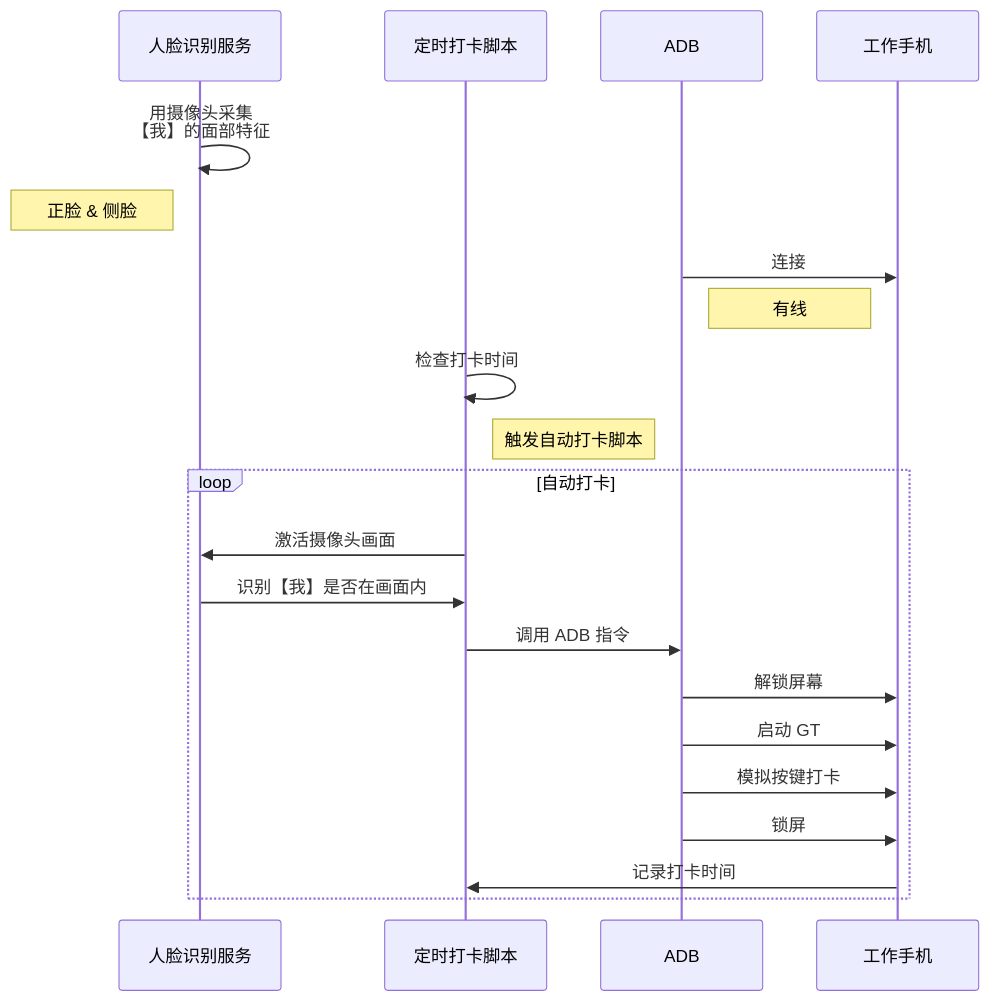
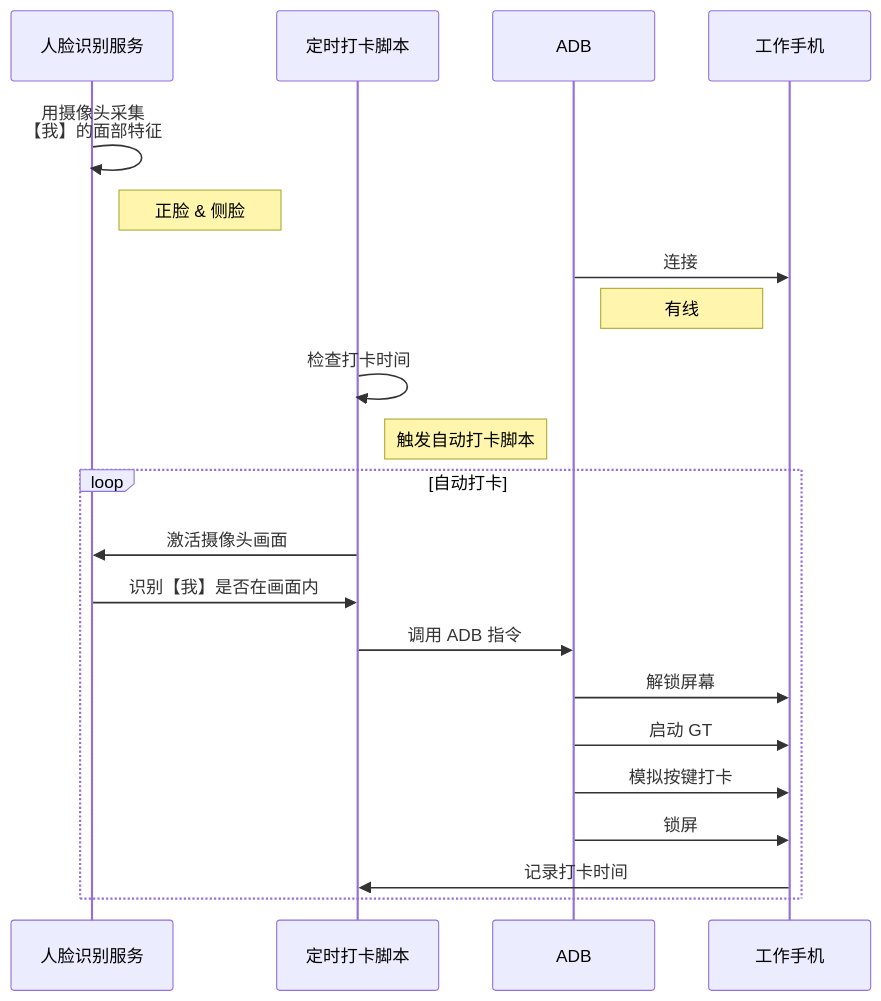
Before and after one commit to Visuals-AI/AI-auto-checkin: the diagram in README2.md, drawn with Mermaid.

````diff
--- a/README2.md
+++ b/README2.md
@@ -51,23 +51,23 @@
 ```mermaid
 sequenceDiagram
     participant 人脸识别服务
     participant 定时打卡脚本
     participant ADB
     participant 工作手机
     人脸识别服务->>人脸识别服务: 用摄像头采集<br/>【我】的面部特征
-    Note left of 人脸识别服务: 正脸 & 侧脸
+    Note right of 人脸识别服务: 正脸 & 侧脸
     ADB->>工作手机: 连接
     Note left of 工作手机: 有线
     定时打卡脚本->>定时打卡脚本: 检查打卡时间
     Note right of 定时打卡脚本: 触发自动打卡脚本
     loop 自动打卡
         定时打卡脚本->>人脸识别服务: 激活摄像头画面
         人脸识别服务->>定时打卡脚本: 识别【我】是否在画面内
         定时打卡脚本->>ADB: 调用 ADB 指令
         ADB->>工作手机: 解锁屏幕
         ADB->>工作手机: 启动 GT
         ADB->>工作手机: 模拟按键打卡
         ADB->>工作手机: 锁屏
         工作手机->>定时打卡脚本: 记录打卡时间
     end
 ```
````
